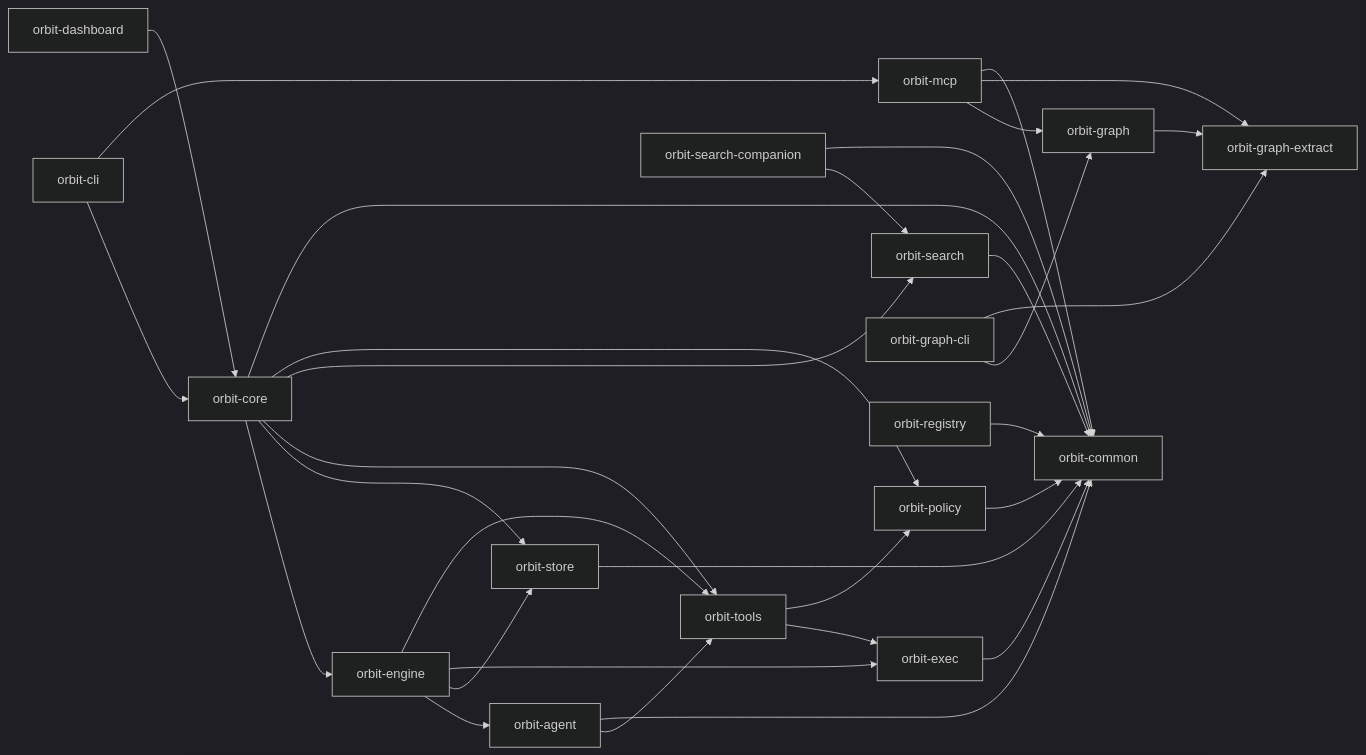
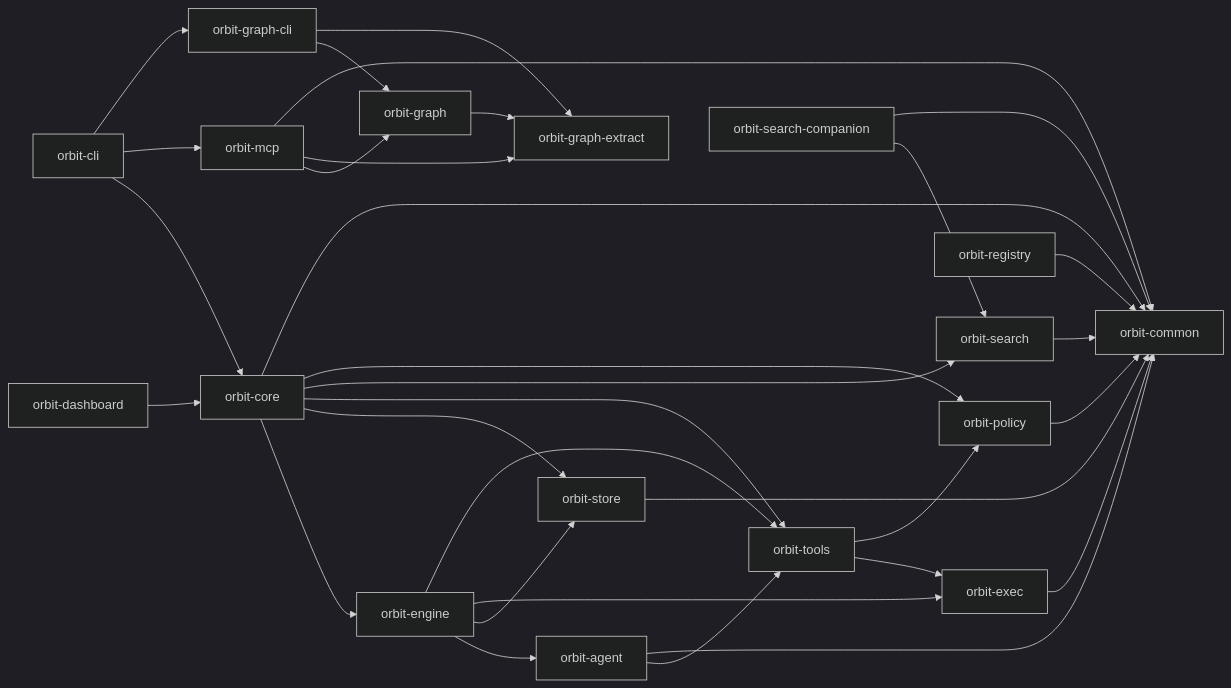
The diagram in ARCHITECTURE.md (danieljhkim/orbit), drawn with Mermaid (dark theme) before and after one commit. The commit also changed other lines of this file and 30 other files, not shown here.

````diff
--- a/ARCHITECTURE.md
+++ b/ARCHITECTURE.md
@@ -5,33 +5,34 @@
 ```mermaid
 flowchart LR
   CLI["orbit-cli"] --> Core["orbit-core"]
   CLI --> MCP["orbit-mcp"]
+  CLI --> GraphCli["orbit-graph-cli"]
   Core --> Engine["orbit-engine"]
   Core --> Store["orbit-store"]
   Core --> Tools["orbit-tools"]
   Core --> Search["orbit-search"]
   Core --> Policy["orbit-policy"]
   Engine --> Agent["orbit-agent"]
   Engine --> Store
   Engine --> Exec["orbit-exec"]
   Engine --> Tools
   Agent --> Tools
   Graph["orbit-graph"] --> GraphExtract["orbit-graph-extract"]
   MCP --> Graph
   MCP --> GraphExtract
   Tools --> Exec["orbit-exec"]
   Tools --> Policy
   Exec --> Common["orbit-common"]
   Policy --> Common
   Store --> Common
   Agent --> Common
   Search --> Common
   SearchCompanion["orbit-search-companion"] --> Search
   SearchCompanion --> Common
   GraphCli["orbit-graph-cli"] --> Graph
   GraphCli --> GraphExtract
   MCP --> Common
   Dashboard["orbit-dashboard"] --> Core
   Core --> Common
   Registry["orbit-registry"] --> Common
 ```
````
